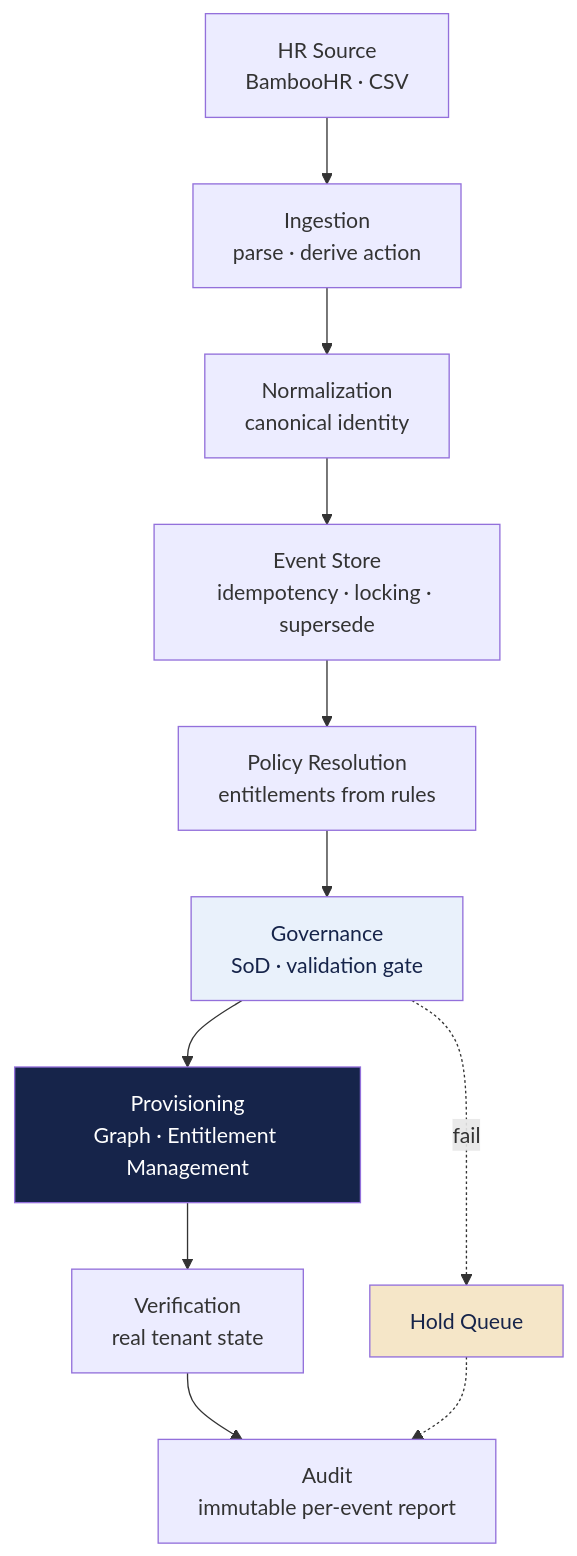
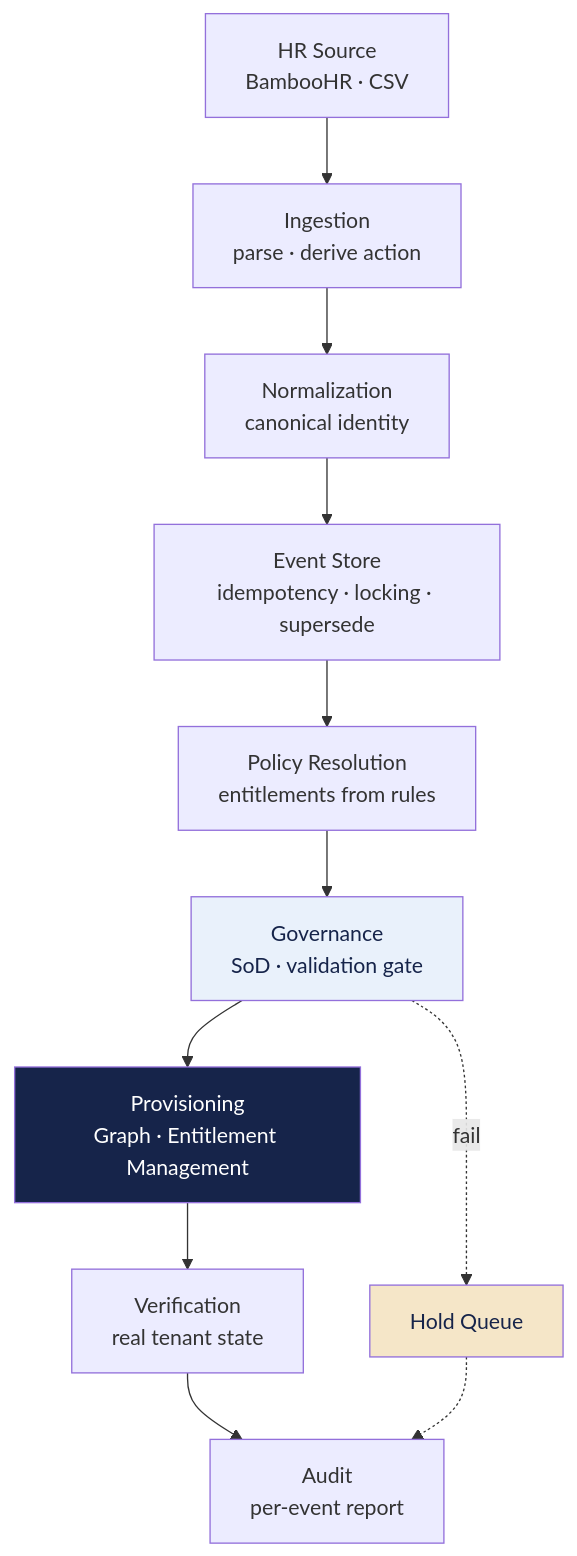
Before and after one commit to donhenzo/JML-EnigneV2: the first of 9 diagrams in Architecture.md, drawn with Mermaid. The commit also changed other lines of this file and 1 other file, not shown here.

````diff
--- a/Architecture.md
+++ b/Architecture.md
@@ -68,21 +68,21 @@
 ```mermaid
 flowchart TD
     HR["HR Source<br/>BambooHR · CSV"]
     ING["Ingestion<br/>parse · derive action"]
     NORM["Normalization<br/>canonical identity"]
     EVT["Event Store<br/>idempotency · locking · supersede"]
     POL["Policy Resolution<br/>entitlements from rules"]
     GOV["Governance<br/>SoD · validation gate"]
     PROV["Provisioning<br/>Graph · Entitlement Management"]
     VER["Verification<br/>real tenant state"]
-    AUD["Audit<br/>immutable per-event report"]
+    AUD["Audit<br/>per-event report"]
 
     HR --> ING --> NORM --> EVT --> POL --> GOV --> PROV --> VER --> AUD
 
     GOV -.fail.-> HOLD["Hold Queue"]
     HOLD -.-> AUD
 
     style PROV fill:#16244A,color:#ffffff
     style HOLD fill:#F5E6C8,color:#16244A
     style GOV fill:#E9F1FB,color:#16244A
 ```
````
